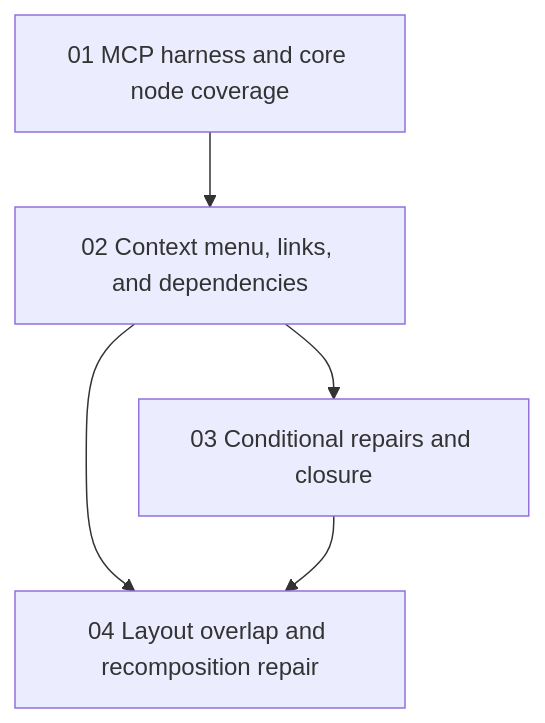
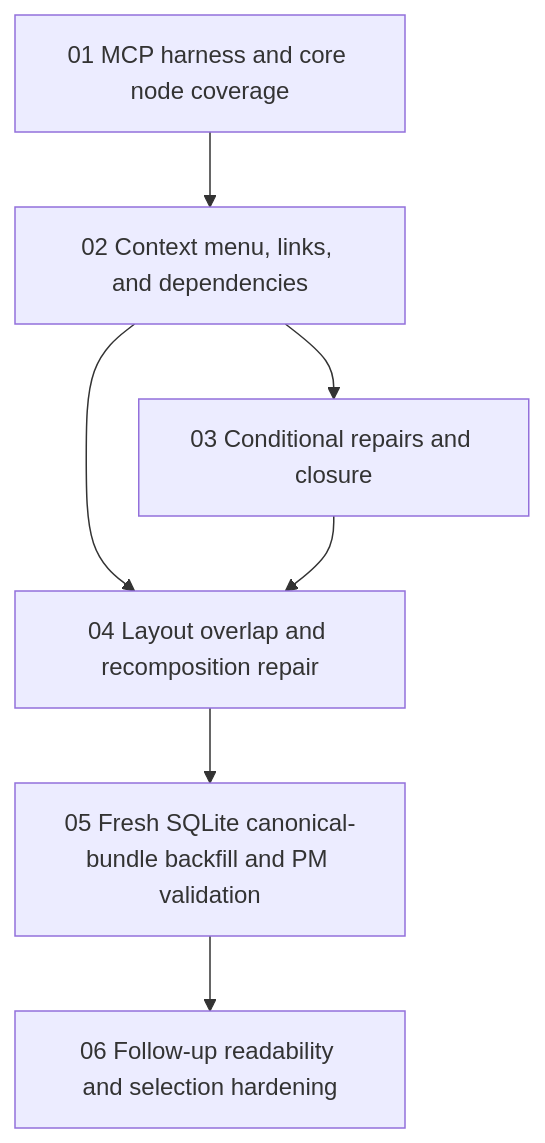
Before and after one commit to fyziktom/CanDoItAll: the diagram in candoitall-project-structure-canvas-regression-bundle-v1/plan/01-phase-plan.md, drawn with Mermaid. The commit also changed other lines of this file and 20 other files, not shown here.

````diff
--- a/candoitall-project-structure-canvas-regression-bundle-v1/plan/01-phase-plan.md
+++ b/candoitall-project-structure-canvas-regression-bundle-v1/plan/01-phase-plan.md
@@ -12,11 +14,15 @@
 ```mermaid
 graph TD
     B01["01 MCP harness and core node coverage"]
     B02["02 Context menu, links, and dependencies"]
     B03["03 Conditional repairs and closure"]
     B04["04 Layout overlap and recomposition repair"]
+    B05["05 Fresh SQLite canonical-bundle backfill and PM validation"]
+    B06["06 Follow-up readability and selection hardening"]
     B01 --> B02
     B02 --> B03
     B02 --> B04
     B03 --> B04
+    B04 --> B05
+    B05 --> B06
 ```
````
